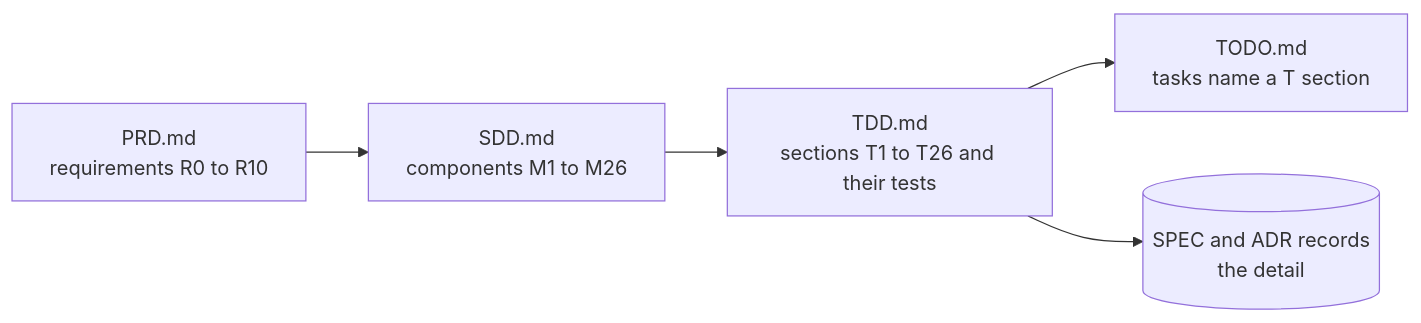
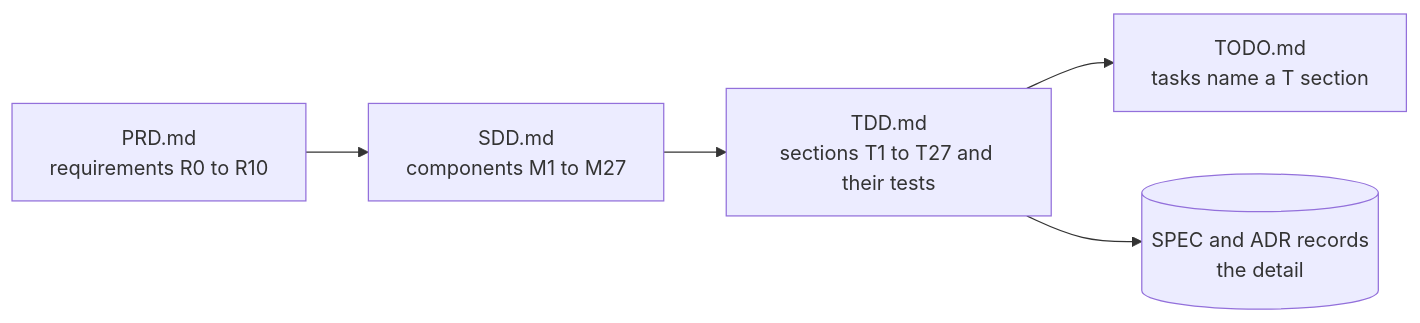
One commit to kesokaj/fyr changed the fourth of 4 diagrams in README.md. Above: the diagram before and after it, drawn with Mermaid. The commit also changed other lines of this file and 10 other files, not shown here.

````diff
--- a/README.md
+++ b/README.md
@@ -389,7 +391,7 @@
 ```mermaid
 flowchart LR
-  prd["PRD.md\nrequirements R0 to R10"] --> sdd["SDD.md\ncomponents M1 to M26"]
-  sdd --> tdd["TDD.md\nsections T1 to T26 and their tests"]
+  prd["PRD.md\nrequirements R0 to R10"] --> sdd["SDD.md\ncomponents M1 to M27"]
+  sdd --> tdd["TDD.md\nsections T1 to T27 and their tests"]
   tdd --> todo["TODO.md\ntasks name a T section"]
   tdd --> records[("SPEC and ADR records\nthe detail")]
 ```
````
